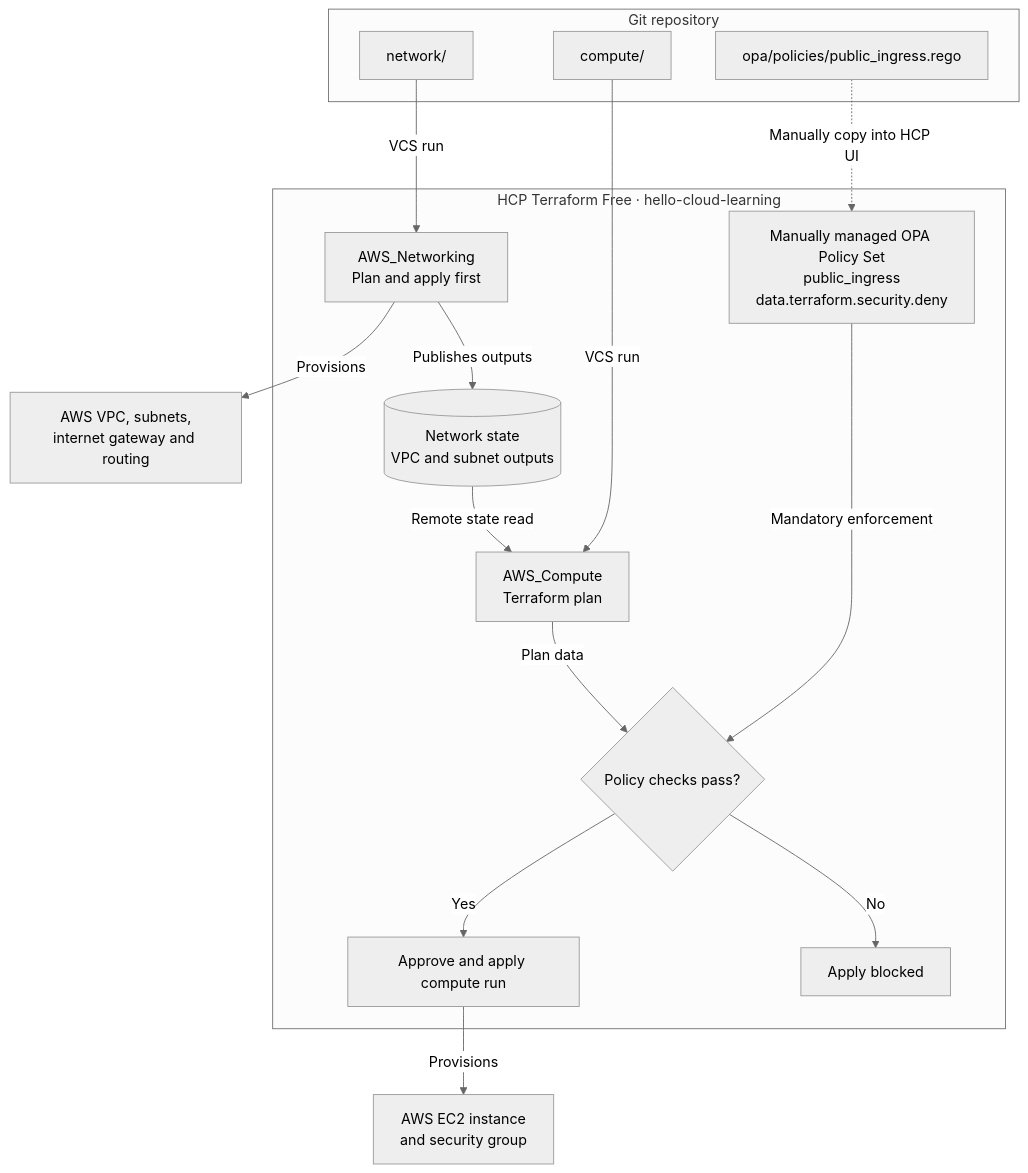
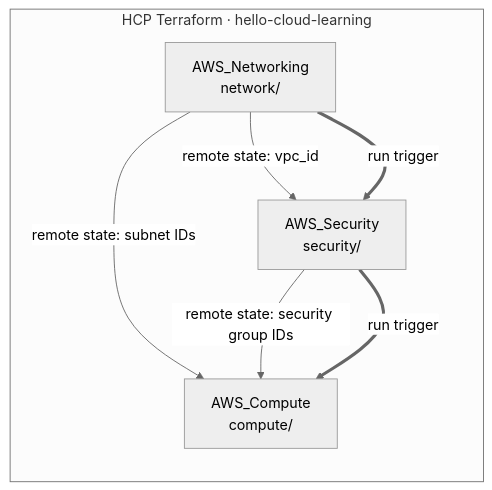
The first of 4 diagrams in README.md (myatsu86/terraform-vcs), drawn with Mermaid (neutral theme) before and after one commit. The commit also changed other lines of this file and 9 other files, not shown here.

Commit message:
Update readme and diagram for OIDC with AWS

````diff
--- a/README.md
+++ b/README.md
@@ -20,30 +22,14 @@
 ```mermaid
-flowchart TD
-    subgraph repo["Git repository"]
-        netcode["network/"]
-        computecode["compute/"]
-        policycode["opa/policies/public_ingress.rego"]
+flowchart LR
+    subgraph hcp["HCP Terraform · hello-cloud-learning"]
+        network["AWS_Networking<br/>network/"]
+        security["AWS_Security<br/>security/"]
+        compute["AWS_Compute<br/>compute/"]
     end
 
-    subgraph hcp["HCP Terraform Free · hello-cloud-learning"]
-        network["AWS_Networking<br/>Plan and apply first"]
-        state[("Network state<br/>VPC and subnet outputs")]
-        compute["AWS_Compute<br/>Terraform plan"]
-        policy["Manually managed OPA Policy Set<br/>public_ingress<br/>data.terraform.security.deny"]
-        check{"Policy checks pass?"}
-        blocked["Apply blocked"]
-        apply["Approve and apply compute run"]
-    end
-
-    netcode -->|VCS run| network
-    computecode -->|VCS run| compute
-    policycode -.->|Manually copy into HCP UI| policy
-    network -->|Publishes outputs| state
-    state -->|Remote state read| compute
-    compute -->|Plan data| check
-    policy -->|Mandatory enforcement| check
-    check -->|No| blocked
-    check -->|Yes| apply
-    network -->|Provisions| networking["AWS VPC, subnets,<br/>internet gateway and routing"]
-    apply -->|Provisions| resources["AWS EC2 instance<br/>and security group"]
+    network -->|"remote state: vpc_id"| security
+    network -->|"remote state: subnet IDs"| compute
+    security -->|"remote state: security group IDs"| compute
+    network ==>|run trigger| security
+    security ==>|run trigger| compute
 ```
````
